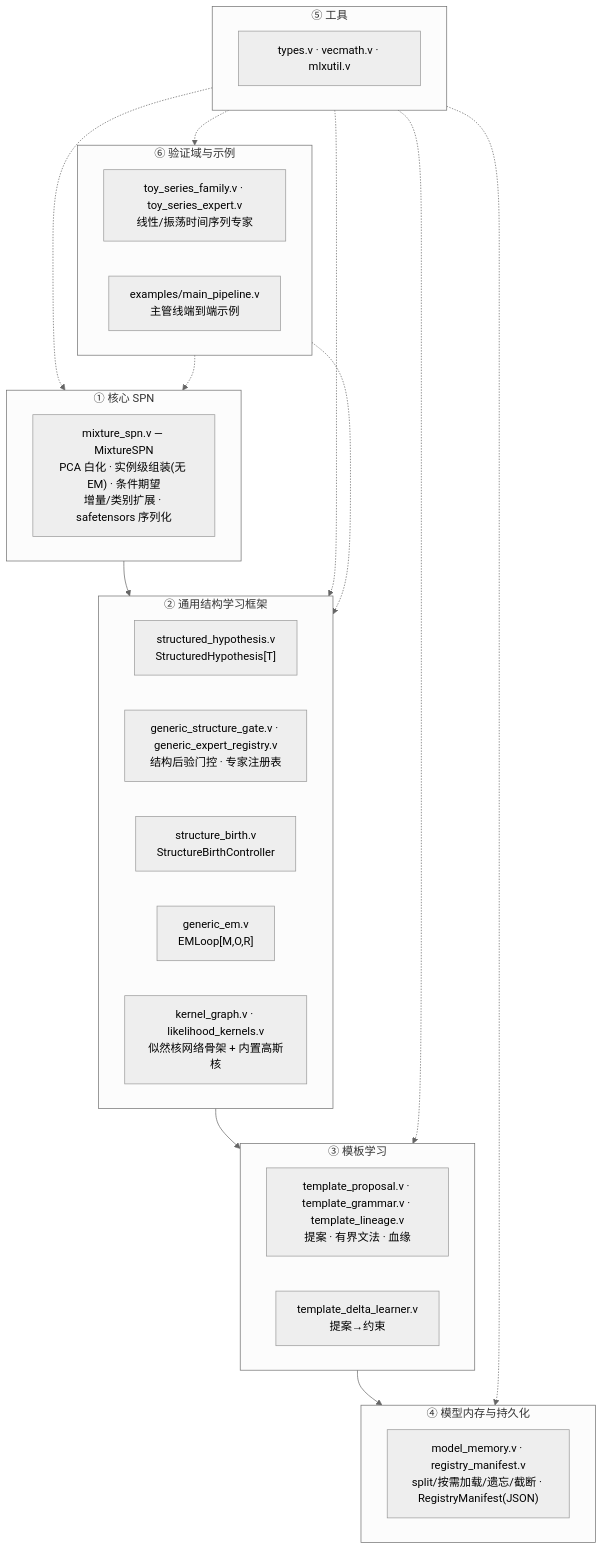
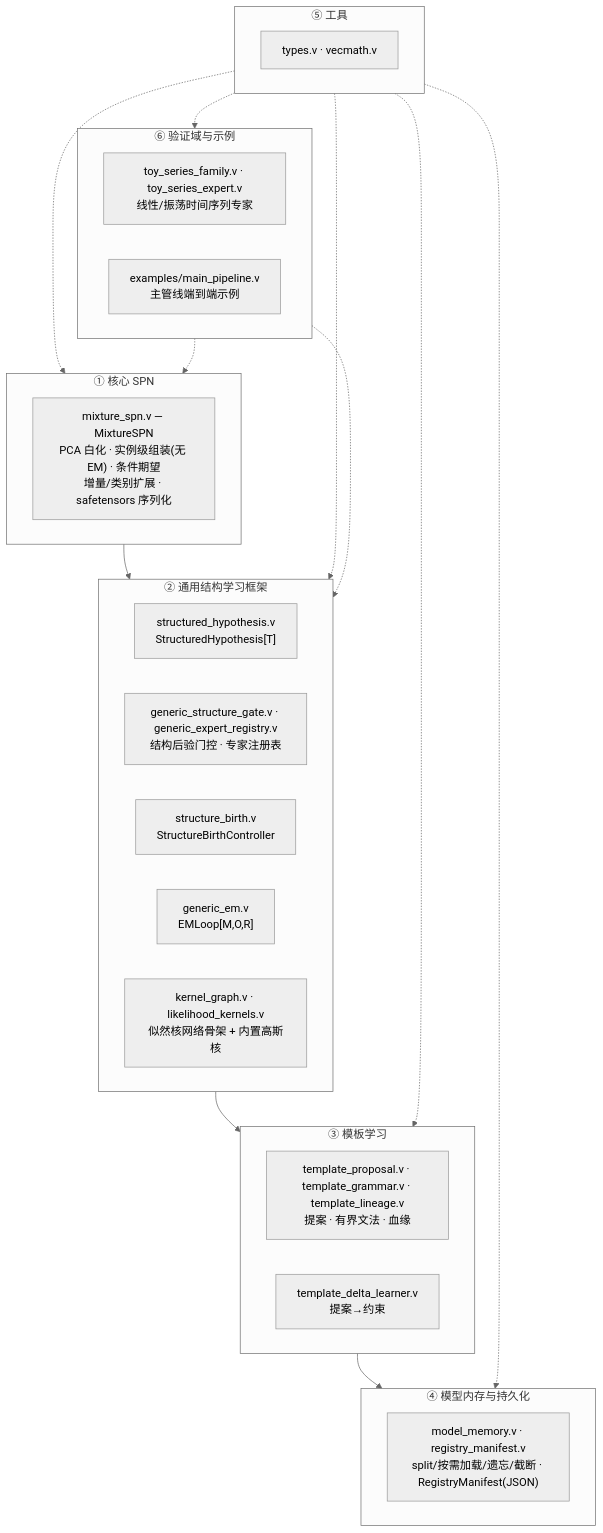
One commit to aki-xavier/conger changed the first of 2 diagrams in README.md. Above: the diagram before and after it, drawn with Mermaid (neutral theme). The commit also changed other lines of this file and 3 other files, not shown here.

````diff
--- a/README.md
+++ b/README.md
@@ -11,30 +11,30 @@
 ```mermaid
 flowchart TD
     subgraph L1["① 核心 SPN"]
         A["mixture_spn.v — MixtureSPN<br/>PCA 白化 · 实例级组装(无 EM) · 条件期望<br/>增量/类别扩展 · safetensors 序列化"]
     end
     subgraph L2["② 通用结构学习框架"]
         B["structured_hypothesis.v<br/>StructuredHypothesis[T]"]
         C["generic_structure_gate.v · generic_expert_registry.v<br/>结构后验门控 · 专家注册表"]
         D["structure_birth.v<br/>StructureBirthController"]
         E["generic_em.v<br/>EMLoop[M,O,R]"]
         K["kernel_graph.v · likelihood_kernels.v<br/>似然核网络骨架 + 内置高斯核"]
     end
     subgraph L3["③ 模板学习"]
         G["template_proposal.v · template_grammar.v · template_lineage.v<br/>提案 · 有界文法 · 血缘"]
         H["template_delta_learner.v<br/>提案→约束"]
     end
     subgraph L4["④ 模型内存与持久化"]
         I["model_memory.v · registry_manifest.v<br/>split/按需加载/遗忘/截断 · RegistryManifest(JSON)"]
     end
     subgraph L5["⑤ 工具"]
-        J["types.v · vecmath.v · mlxutil.v"]
+        J["types.v · vecmath.v"]
     end
     subgraph L6["⑥ 验证域与示例"]
         T["toy_series_family.v · toy_series_expert.v<br/>线性/振荡时间序列专家"]
         X["examples/main_pipeline.v<br/>主管线端到端示例"]
     end
     L1 --> L2 --> L3 --> L4
     L5 -.-> L1 & L2 & L3 & L4 & L6
     L6 -.-> L1 & L2
 ```
````
